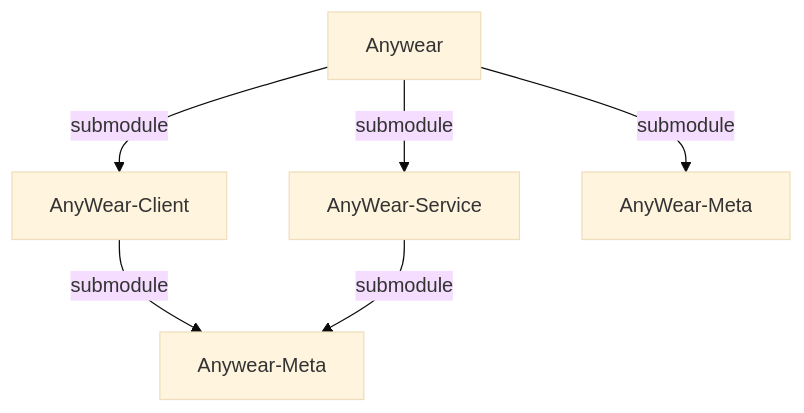
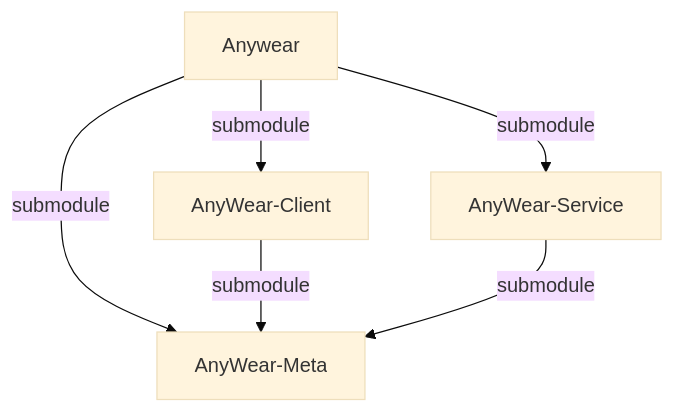
The diagram in AGENTS.md (git-malu/AnyWear-E2E), drawn with Mermaid (base theme) before and after one commit. The commit also changed other lines of this file, not shown here.

````diff
--- a/AGENTS.md
+++ b/AGENTS.md
@@ -20,8 +28,8 @@
 ```mermaid
 graph TD
     Anywear --> |submodule| AnyWear-Client 
     Anywear --> |submodule| AnyWear-Service
     Anywear --> |submodule| AnyWear-Meta
-    AnyWear-Client --> |submodule| Anywear-Meta
-    AnyWear-Service --> |submodule| Anywear-Meta
+    AnyWear-Client --> |submodule| AnyWear-Meta
+    AnyWear-Service --> |submodule| AnyWear-Meta
 ```
````
